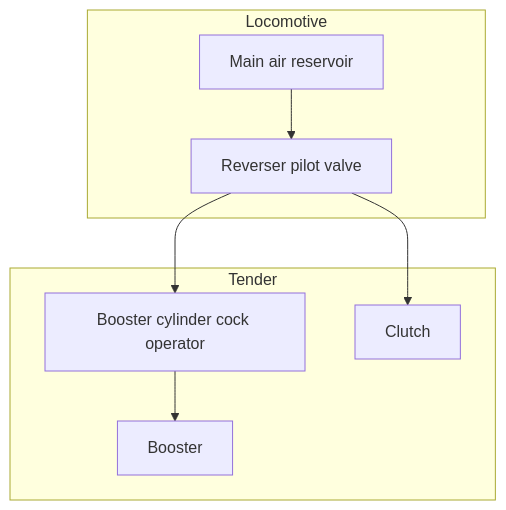
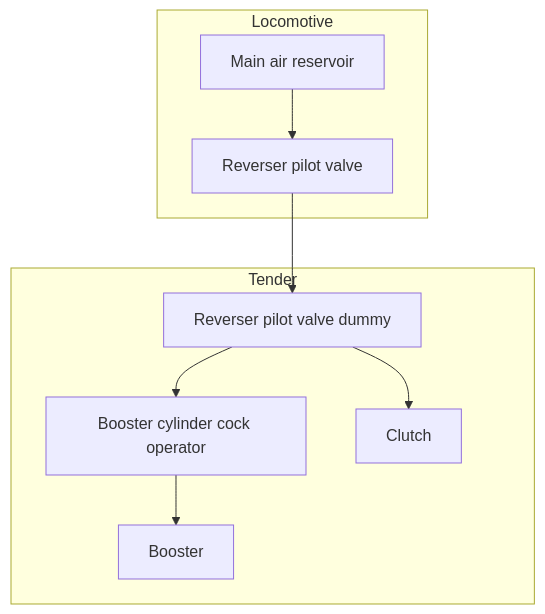
The second of 3 diagrams in RearrangedS282/Sim/Booster/README.md (pjschinske/dv-rearranged-S282), drawn with Mermaid before and after one commit. The commit also changed other lines of this file, not shown here.

Commit message:
Update booster readme

````diff
--- a/RearrangedS282/Sim/Booster/README.md
+++ b/RearrangedS282/Sim/Booster/README.md
@@ -25,14 +27,16 @@
 ```mermaid
 graph TD;
 AirTank[Main air reservoir]
 ReverserPilotValve[Reverser pilot valve]
+ReverserPilotValveDummy[Reverser pilot valve dummy]
 BoosterCylinderCockOperator[Booster cylinder cock operator]
     subgraph Locomotive
         AirTank-->ReverserPilotValve
     end
     subgraph Tender
-        ReverserPilotValve-->BoosterCylinderCockOperator
+		ReverserPilotValve-->ReverserPilotValveDummy
+        ReverserPilotValveDummy-->BoosterCylinderCockOperator
         BoosterCylinderCockOperator-->Booster
-        ReverserPilotValve-->Clutch
+        ReverserPilotValveDummy-->Clutch
     end
 ```
````
